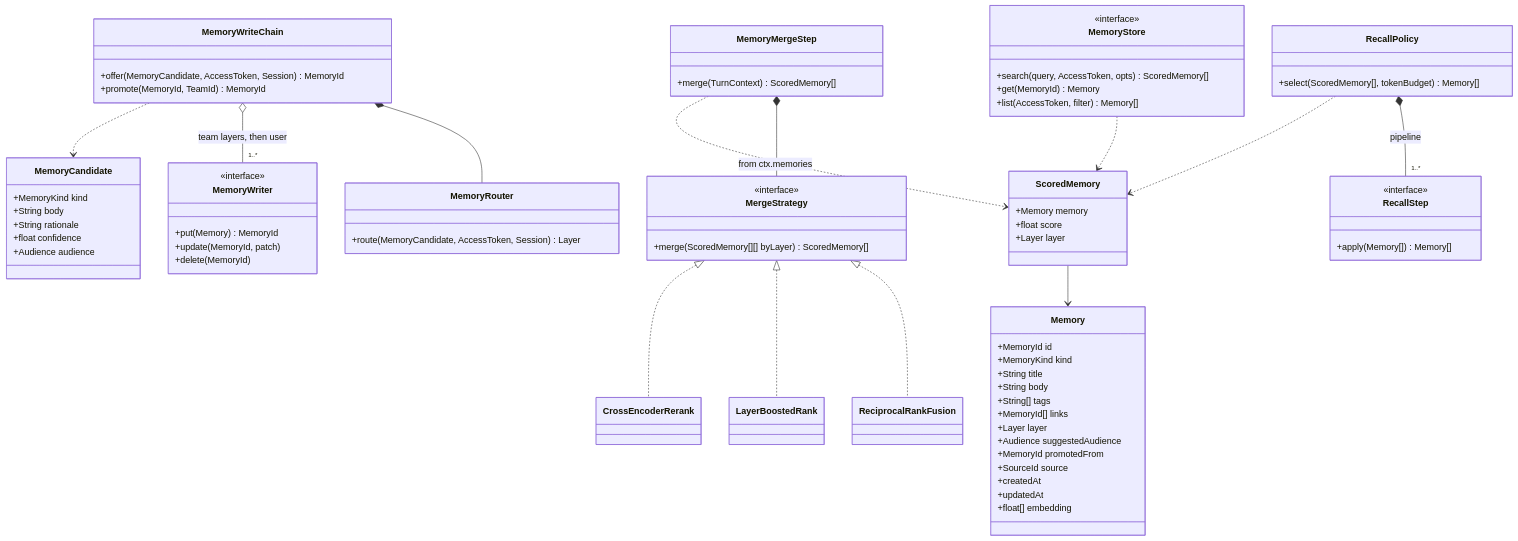
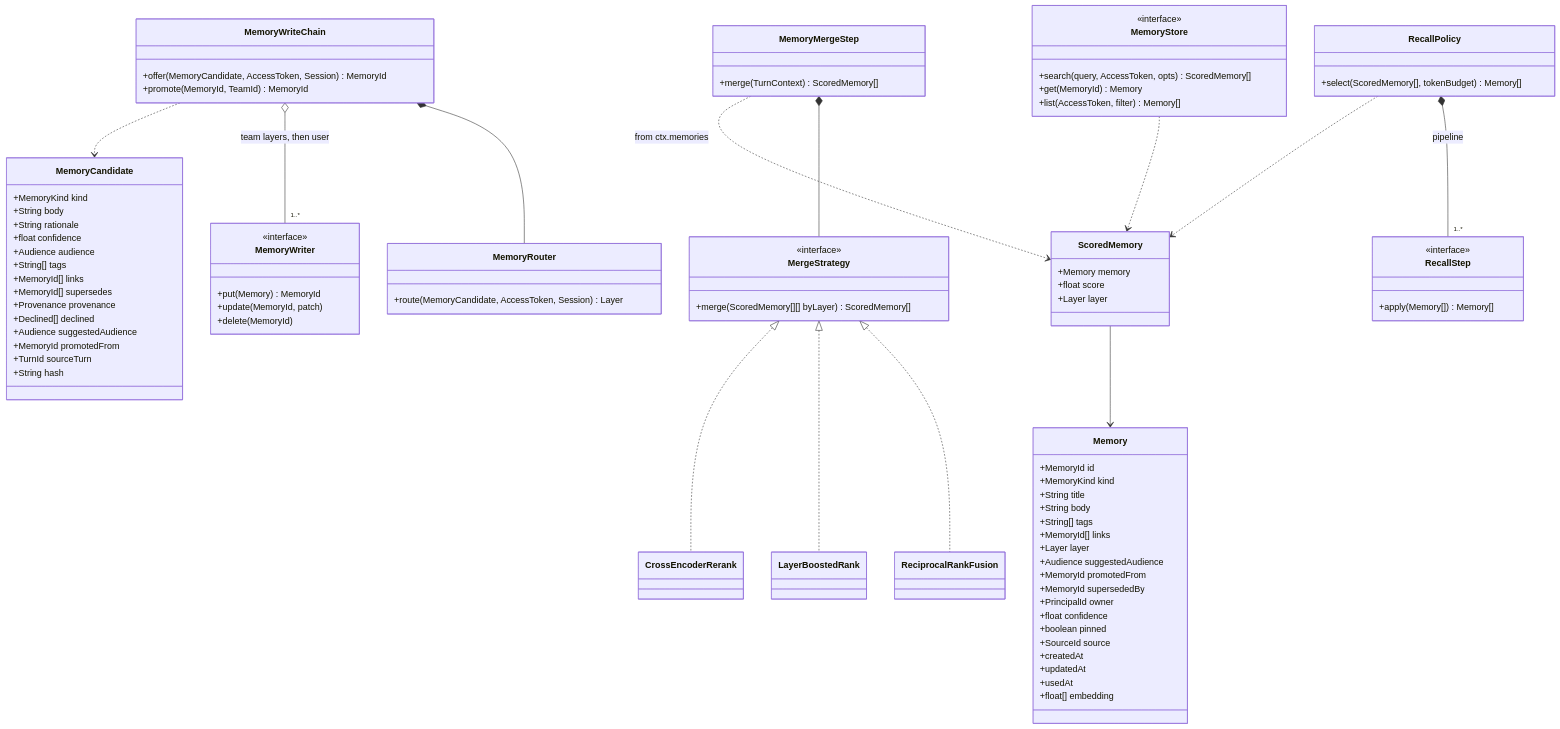
The fourth of 7 diagrams in design/06-object-model.md (jstormes/QuickAI2), drawn with Mermaid before and after one commit. The commit also changed other lines of this file and 11 other files, not shown here.

```diff
--- a/design/06-object-model.md
+++ b/design/06-object-model.md
@@ -463,9 +506,14 @@
         +Layer layer
         +Audience suggestedAudience
         +MemoryId promotedFrom
+        +MemoryId supersededBy
+        +PrincipalId owner
+        +float confidence
+        +boolean pinned
         +SourceId source
         +createdAt
         +updatedAt
+        +usedAt
         +float[] embedding
     }
     class ScoredMemory {
@@ -479,6 +527,15 @@
         +String rationale
         +float confidence
         +Audience audience
+        +String[] tags
+        +MemoryId[] links
+        +MemoryId[] supersedes
+        +Provenance provenance
+        +Declined[] declined
+        +Audience suggestedAudience
+        +MemoryId promotedFrom
+        +TurnId sourceTurn
+        +String hash
     }
     class MemoryRouter {
         +route(MemoryCandidate, AccessToken, Session) Layer
```
